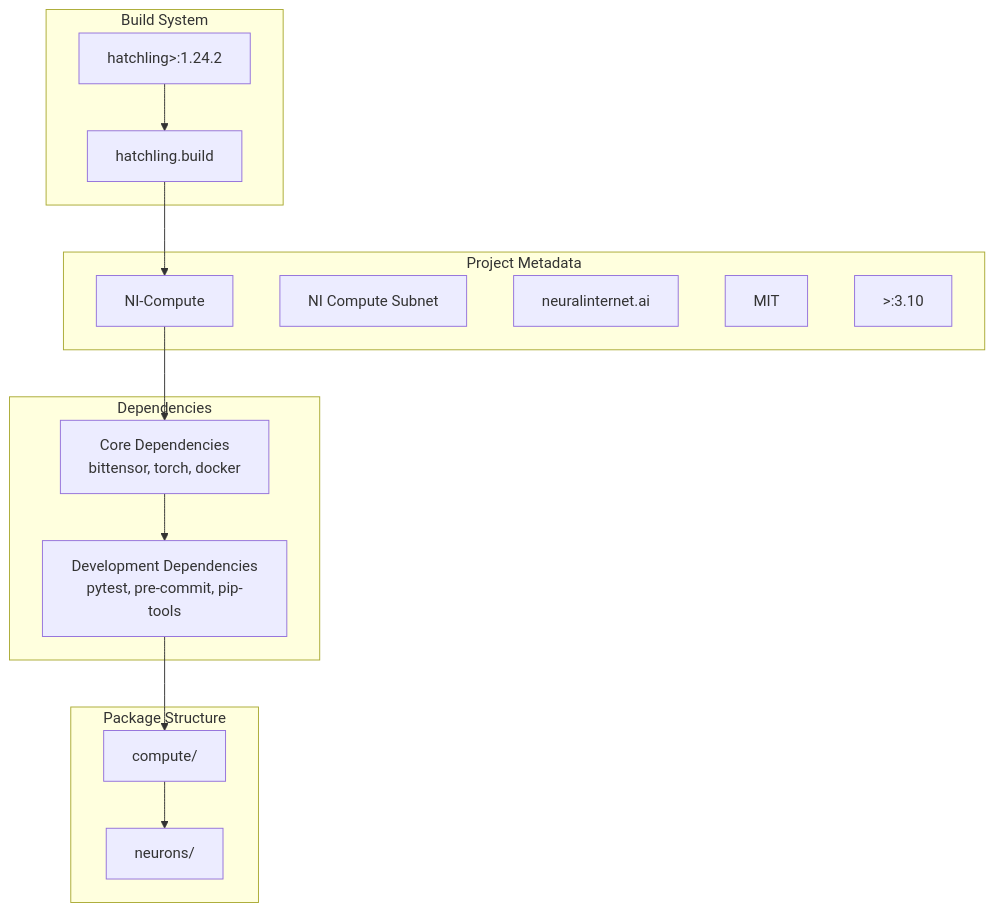
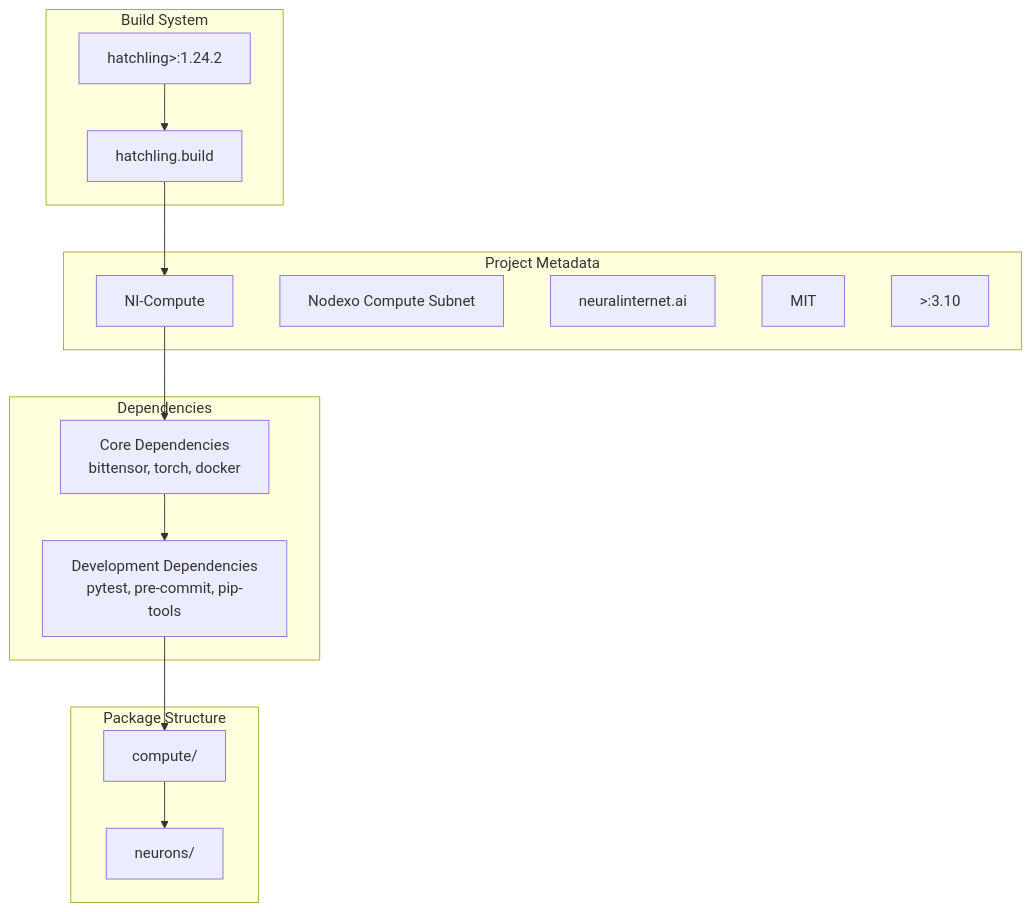
The third of 4 diagrams in src/content/docs/development.mdx (neuralinternet/docs), drawn with Mermaid before and after one commit. The commit also changed other lines of this file and 43 other files, not shown here.

````diff
--- a/src/content/docs/development.mdx
+++ b/src/content/docs/development.mdx
@@ -171,32 +171,32 @@
 ```mermaid
 graph TB
     subgraph "Build System"
         HATCH["hatchling>:1.24.2"]
         BUILD["hatchling.build"]
     end
     
     subgraph "Project Metadata"
         NAME["NI-Compute"]
-        DESC["NI Compute Subnet"]
+        DESC["Nodexo Compute Subnet"]
         AUTHOR["neuralinternet.ai"]
         LICENSE["MIT"]
         PYTHON[">:3.10"]
     end
     
     subgraph "Dependencies"
         CORE["Core Dependencies<br/>bittensor, torch, docker"]
         DEV["Development Dependencies<br/>pytest, pre-commit, pip-tools"]
     end
     
     subgraph "Package Structure"
         COMPUTE["compute/"]
         NEURONS["neurons/"]
     end
     
     HATCH --> BUILD
     BUILD --> NAME
     NAME --> CORE
     CORE --> DEV
     DEV --> COMPUTE
     COMPUTE --> NEURONS
 ```
````
